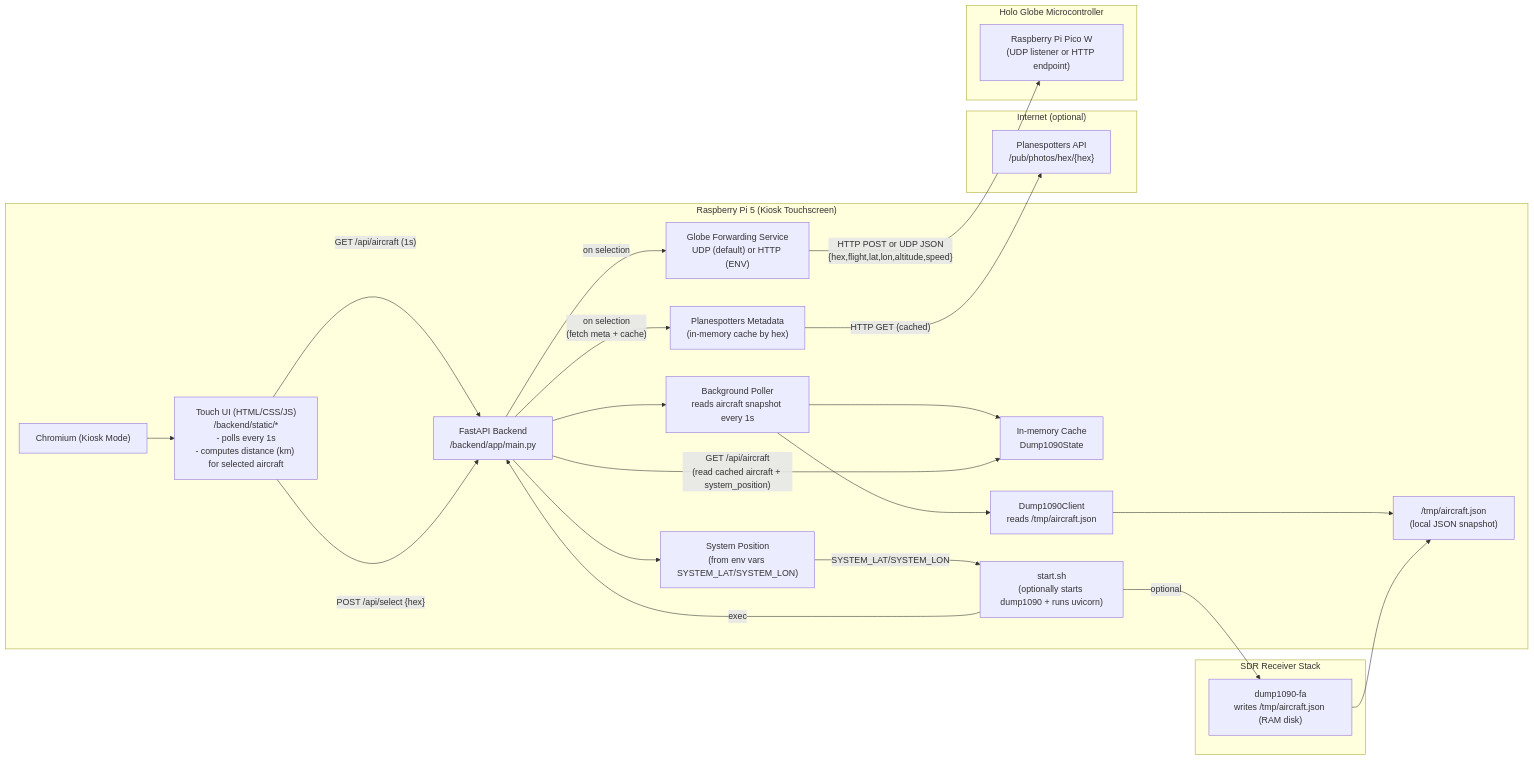
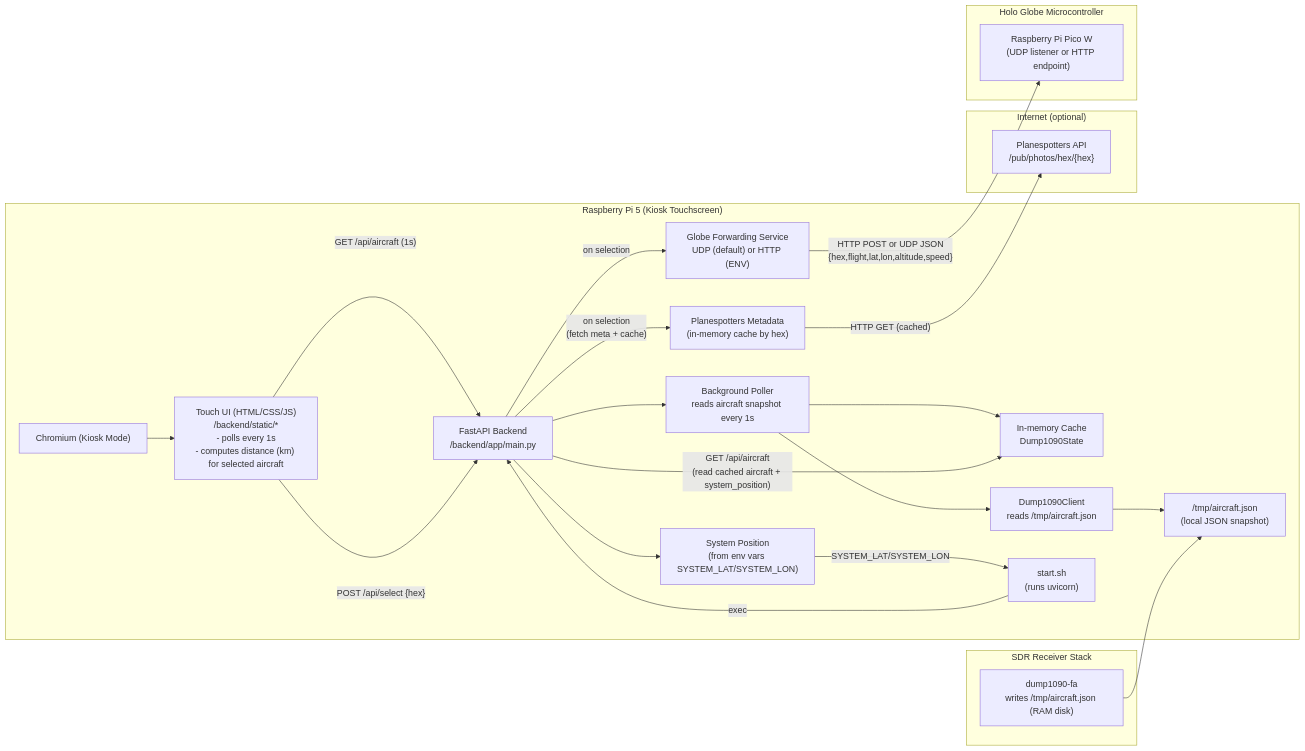
One commit to EmbSyst/in-plane-sight changed the diagram in architecture.md. Above: the diagram before and after it, drawn with Mermaid. The commit also changed 3 other files, not shown here.

First line of the commit message:
chore: remove dump1090 integration from start script

````diff
--- a/architecture.md
+++ b/architecture.md
@@ -1,51 +1,50 @@
 ```mermaid
 %% Application architecture (render with Mermaid / mermaid.js)
 flowchart LR
   subgraph RasPi["Raspberry Pi 5 (Kiosk Touchscreen)"]
     Browser["Chromium (Kiosk Mode)"]
     UI["Touch UI (HTML/CSS/JS)\n/backend/static/*\n- polls every 1s\n- computes distance (km) for selected aircraft"]
     API["FastAPI Backend\n/backend/app/main.py"]
     Poller["Background Poller\nreads aircraft snapshot every 1s"]
     Cache["In-memory Cache\nDump1090State"]
     DumpClient["Dump1090Client\nreads /tmp/aircraft.json"]
     Snapshot["/tmp/aircraft.json\n(local JSON snapshot)"]
     SysPos["System Position\n(from env vars SYSTEM_LAT/SYSTEM_LON)"]
     MetaSvc["Planespotters Metadata\n(in-memory cache by hex)"]
     GlobeSvc["Globe Forwarding Service\nUDP (default) or HTTP (ENV)"]
-    StartScript["start.sh\n(optionally starts dump1090 + runs uvicorn)"]
+    StartScript["start.sh\n(runs uvicorn)"]
   end
 
   subgraph SDR["SDR Receiver Stack"]
     Dump1090["dump1090-fa\nwrites /tmp/aircraft.json (RAM disk)"]
   end
 
   subgraph Internet["Internet (optional)"]
     Planespotters["Planespotters API\n/pub/photos/hex/{hex}"]
   end
 
   subgraph Globe["Holo Globe Microcontroller"]
     MCU["Raspberry Pi Pico W\n(UDP listener or HTTP endpoint)"]
   end
 
   Browser --> UI
   UI -->|"GET /api/aircraft (1s)"| API
   UI -->|"POST /api/select {hex}"| API
 
   API --> Poller
   Poller --> Cache
   Poller --> DumpClient
   DumpClient --> Snapshot
   Dump1090 --> Snapshot
   API -->|"GET /api/aircraft\n(read cached aircraft + system_position)"| Cache
   API --> SysPos
   SysPos -->|"SYSTEM_LAT/SYSTEM_LON"| StartScript
 
   API -->|"on selection\n(fetch meta + cache)"| MetaSvc
   MetaSvc -->|"HTTP GET (cached)"| Planespotters
 
   API -->|"on selection"| GlobeSvc
   GlobeSvc -->|"HTTP POST or UDP JSON\n{hex,flight,lat,lon,altitude,speed}"| MCU
 
-  StartScript -->|"optional"| Dump1090
   StartScript -->|"exec"| API
 ```
````
